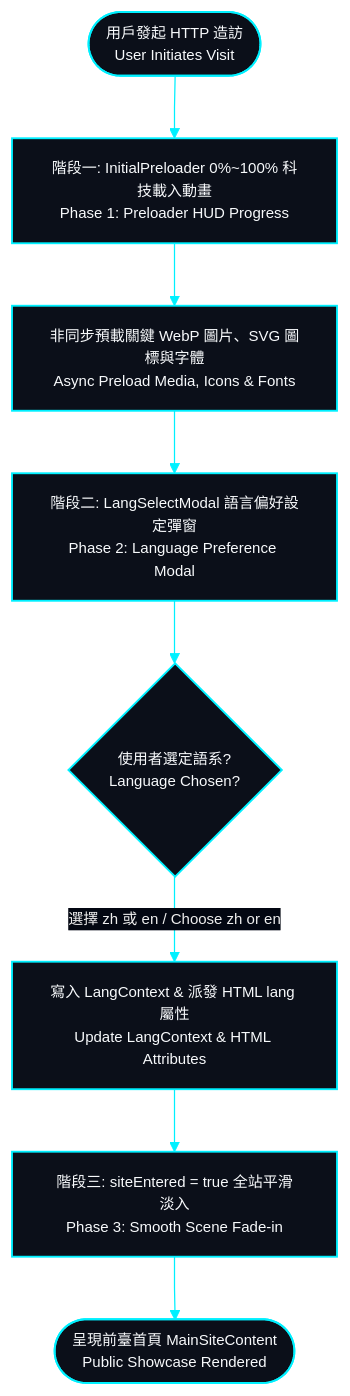
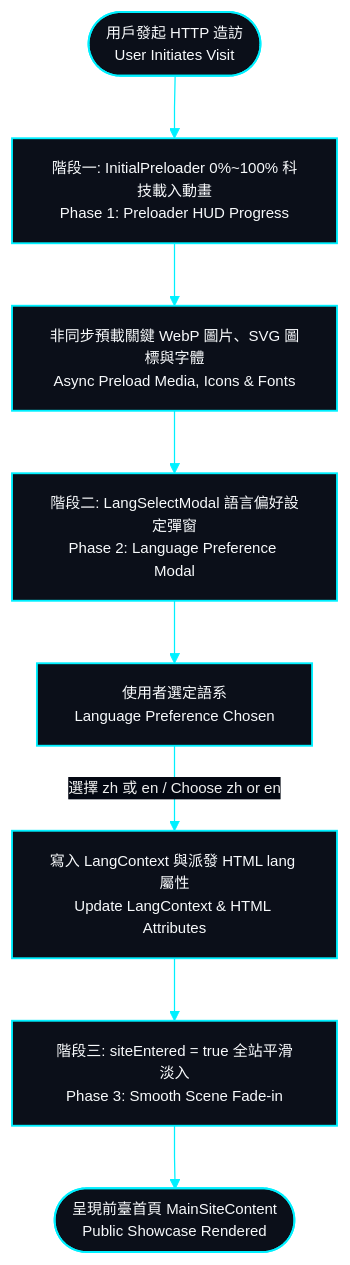
One commit to EricXJason/my-portfolio-website changed the first of 4 diagrams in docs/system-design/05-flowcharts.md. Above: the diagram before and after it, drawn with Mermaid. The commit also changed other lines of this file and 5 other files, not shown here.

Commit message:
feat: synchronize latest system design specifications and bulletproof flowchart HUD diagrams

````diff
--- a/docs/system-design/05-flowcharts.md
+++ b/docs/system-design/05-flowcharts.md
@@ -14,28 +14,28 @@
 ```mermaid
 %%{init: {
   'theme': 'base',
   'themeVariables': {
     'darkMode': true,
     'background': '#030712',
     'mainBkg': '#0b0f19',
     'nodeBorder': '#00f0ff',
     'textColor': '#f8fafc',
     'lineColor': '#00f0ff',
     'edgeLabelBackground': '#030712',
     'fontSize': '12px'
   },
   'flowchart': {
     'curve': 'linear'
   }
 }}%%
 flowchart TD
     classDef hudCard fill:#0b0f19,stroke:#00f0ff,stroke-width:1.5px,color:#f8fafc;
 
-    Start([用戶發起 HTTP 造訪<br>User Initiates Visit]):::hudCard --> Step1[階段一: InitialPreloader 0%~100% 科技載入動畫<br>Phase 1: Preloader HUD Progress]:::hudCard
-    Step1 --> Preload[非同步預載關鍵 WebP 圖片、SVG 圖標與字體<br>Async Preload Media, Icons & Fonts]:::hudCard
-    Preload --> Step2[階段二: LangSelectModal 語言偏好設定彈窗<br>Phase 2: Language Preference Modal]:::hudCard
-    Step2 --> UserChoice{使用者選定語系?<br>Language Chosen?}:::hudCard
-    UserChoice -->|"選擇 zh 或 en / Choose zh or en"| SetLang[寫入 LangContext & 派發 HTML lang 屬性<br>Update LangContext & HTML Attributes]:::hudCard
-    SetLang --> Step3[階段三: siteEntered = true 全站平滑淡入<br>Phase 3: Smooth Scene Fade-in]:::hudCard
-    Step3 --> MainView([呈現前臺首頁 MainSiteContent<br>Public Showcase Rendered]):::hudCard
+    Start(["用戶發起 HTTP 造訪<br>User Initiates Visit"]):::hudCard --> Step1["階段一: InitialPreloader 0%~100% 科技載入動畫<br>Phase 1: Preloader HUD Progress"]:::hudCard
+    Step1 --> Preload["非同步預載關鍵 WebP 圖片、SVG 圖標與字體<br>Async Preload Media, Icons & Fonts"]:::hudCard
+    Preload --> Step2["階段二: LangSelectModal 語言偏好設定彈窗<br>Phase 2: Language Preference Modal"]:::hudCard
+    Step2 --> UserChoice["使用者選定語系<br>Language Preference Chosen"]:::hudCard
+    UserChoice -->|"選擇 zh 或 en / Choose zh or en"| SetLang["寫入 LangContext 與派發 HTML lang 屬性<br>Update LangContext & HTML Attributes"]:::hudCard
+    SetLang --> Step3["階段三: siteEntered = true 全站平滑淡入<br>Phase 3: Smooth Scene Fade-in"]:::hudCard
+    Step3 --> MainView(["呈現前臺首頁 MainSiteContent<br>Public Showcase Rendered"]):::hudCard
 ```
````
